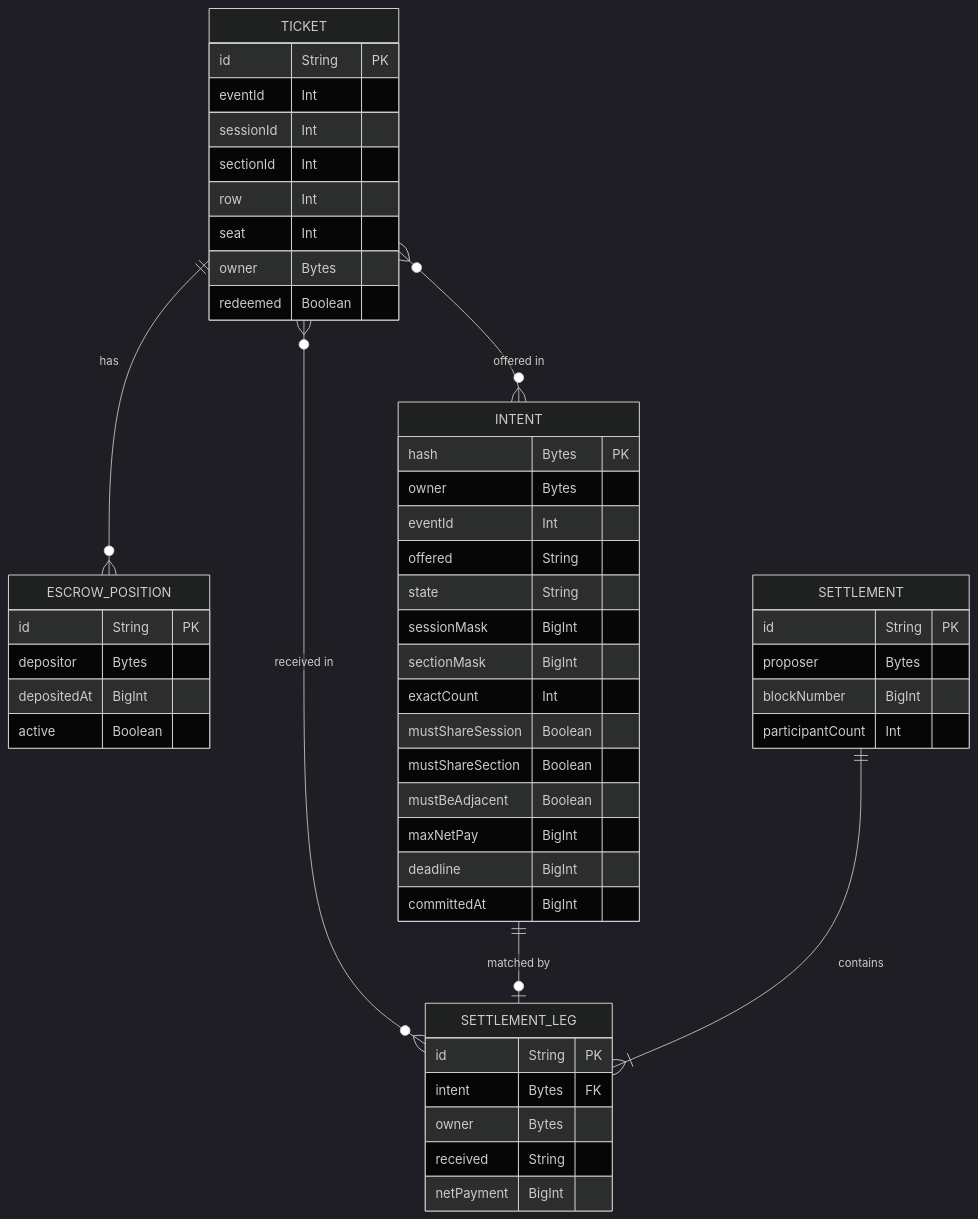
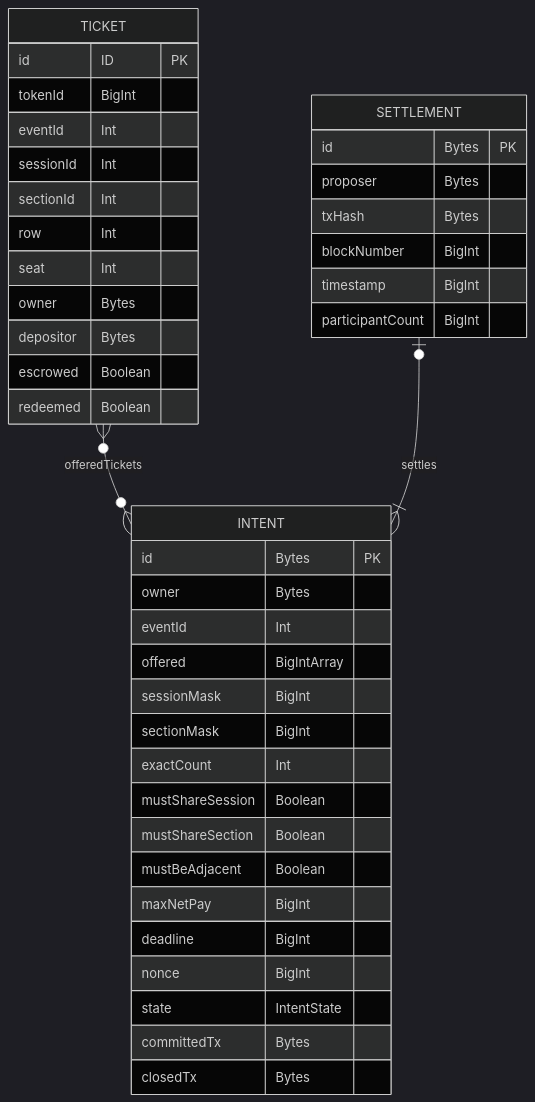
Before and after one commit to angelphoon7/online2026: diagram 20 of 25 in README.md, drawn with Mermaid (dark theme). The commit also changed other lines of this file and 29 other files, not shown here.

Commit message:
The Graph RM

````diff
--- a/README.md
+++ b/README.md
@@ -674,54 +905,44 @@
 ```mermaid
 erDiagram
-    TICKET ||--o{ ESCROW_POSITION : "has"
-    TICKET }o--o{ INTENT : "offered in"
-    TICKET }o--o{ SETTLEMENT_LEG : "received in"
-    INTENT ||--o| SETTLEMENT_LEG : "matched by"
-    SETTLEMENT ||--|{ SETTLEMENT_LEG : "contains"
-
+    TICKET }o--o{ INTENT : offeredTickets
+    SETTLEMENT o|--|{ INTENT : settles
     TICKET {
-        id String PK
+        id ID PK
+        tokenId BigInt
         eventId Int
         sessionId Int
         sectionId Int
         row Int
         seat Int
         owner Bytes
+        depositor Bytes
+        escrowed Boolean
         redeemed Boolean
     }
-    ESCROW_POSITION {
-        id String PK
-        depositor Bytes
-        depositedAt BigInt
-        active Boolean
-    }
     INTENT {
-        hash Bytes PK
+        id Bytes PK
         owner Bytes
         eventId Int
-        offered String
-        state String
+        offered BigIntArray
         sessionMask BigInt
         sectionMask BigInt
         exactCount Int
         mustShareSession Boolean
         mustShareSection Boolean
         mustBeAdjacent Boolean
         maxNetPay BigInt
         deadline BigInt
-        committedAt BigInt
+        nonce BigInt
+        state IntentState
+        committedTx Bytes
+        closedTx Bytes
     }
     SETTLEMENT {
-        id String PK
+        id Bytes PK
         proposer Bytes
+        txHash Bytes
         blockNumber BigInt
-        participantCount Int
-    }
-    SETTLEMENT_LEG {
-        id String PK
-        intent Bytes FK
-        owner Bytes
-        received String
-        netPayment BigInt
+        timestamp BigInt
+        participantCount BigInt
     }
 ```
````
